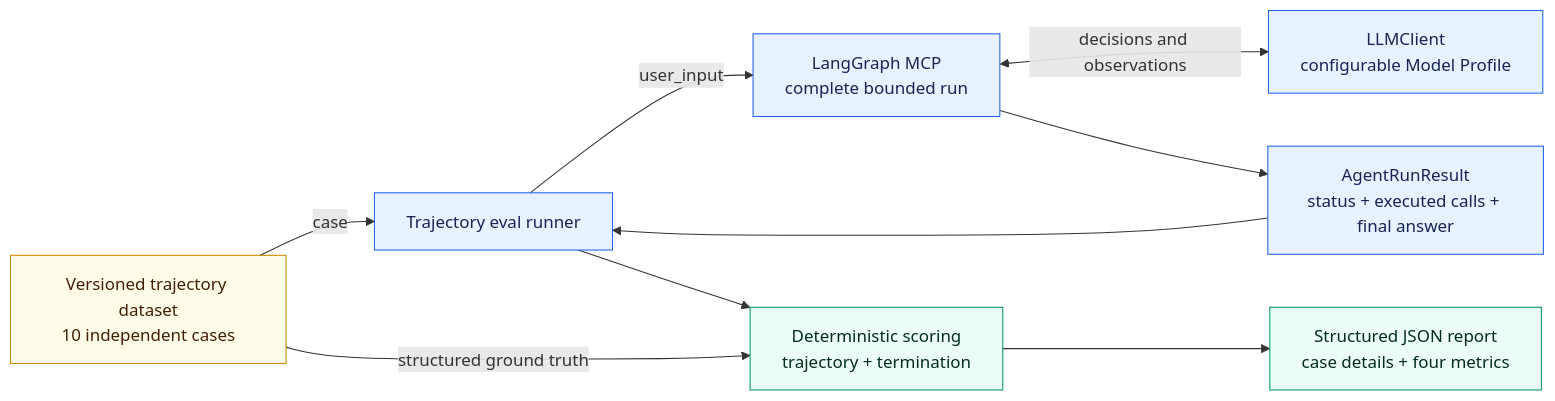
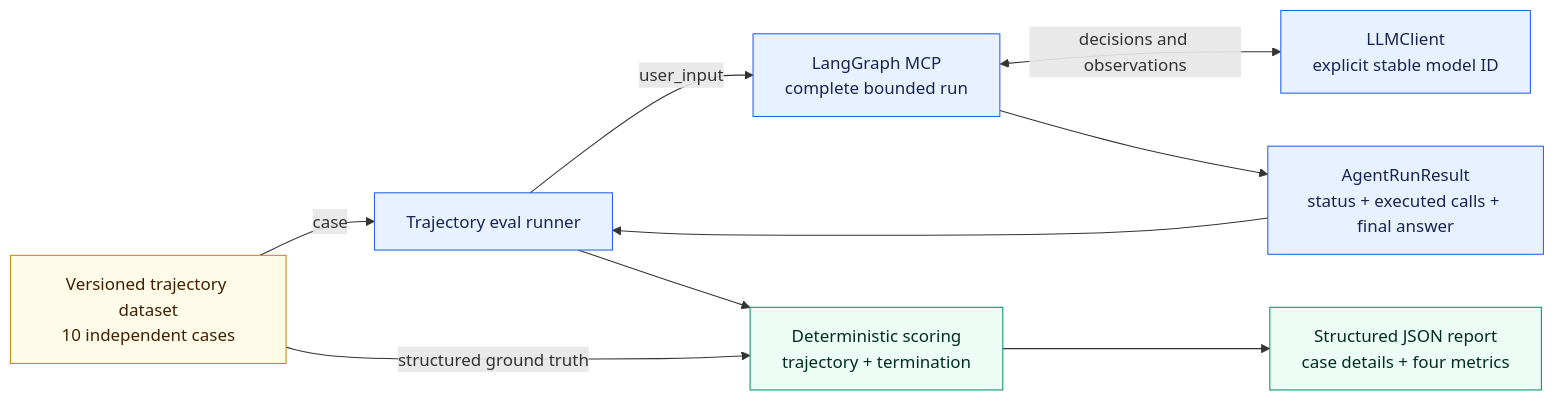
Diagram 13 of 20 in docs/architecture/overview.md (aboerzel/industrial-ai-agent), drawn with Mermaid before and after one commit. The commit also changed other lines of this file and 68 other files, not shown here.

````diff
--- a/docs/architecture/overview.md
+++ b/docs/architecture/overview.md
@@ -775,26 +769,26 @@
 ```mermaid
 flowchart LR
     D["Versioned trajectory dataset<br/>10 independent cases"]
     R["Trajectory eval runner"]
     A["LangGraph MCP<br/>complete bounded run"]
-    L["LLMClient<br/>configurable Model Profile"]
+    L["LLMClient<br/>explicit stable model ID"]
     AR["AgentRunResult<br/>status + executed calls + final answer"]
     S["Deterministic scoring<br/>trajectory + termination"]
     O["Structured JSON report<br/>case details + four metrics"]
 
     D -->|"case"| R
     R -->|"user_input"| A
     A <-->|"decisions and observations"| L
     A --> AR
     AR --> R
     R --> S
     D -->|"structured ground truth"| S
     S --> O
 
     classDef data fill:#fefce8,stroke:#ca8a04,color:#422006
     classDef core fill:#e8f1ff,stroke:#2563eb,color:#172554
     classDef metric fill:#ecfdf5,stroke:#059669,color:#022c22
     class D data
     class R,A,L,AR core
     class S,O metric
 ```
````
